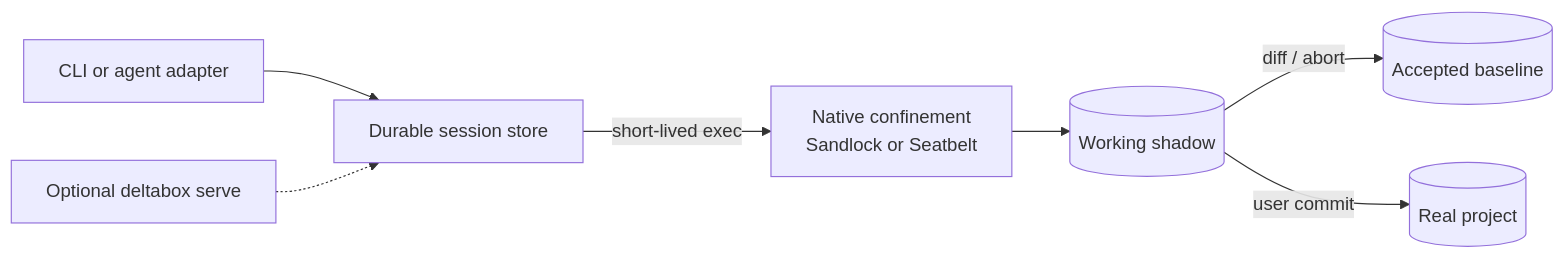
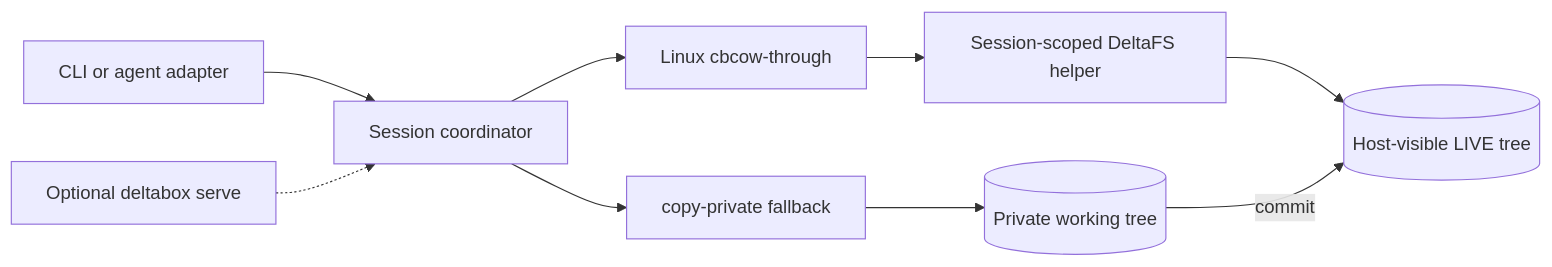
Before and after one commit to delta-box/deltabox-lite: the diagram in README.md, drawn with Mermaid. The commit also changed other lines of this file and 30 other files, not shown here.

Commit message:
deltabox: add Linux commit-biased filesystem mode

````diff
--- a/README.md
+++ b/README.md
@@ -53,9 +56,11 @@
 ```mermaid
 flowchart LR
-    A[CLI or agent adapter] --> D[Durable session store]
-    D -->|short-lived exec| W[Native confinement<br/>Sandlock or Seatbelt]
-    W --> S[(Working shadow)]
-    S -->|diff / abort| B[(Accepted baseline)]
-    S -->|user commit| P[(Real project)]
-    O[Optional deltabox serve] -.-> D
+    A[CLI or agent adapter] --> C[Session coordinator]
+    C --> T[Linux cbcow-through]
+    T --> H[Session-scoped DeltaFS helper]
+    H --> P[(Host-visible LIVE tree)]
+    C --> R[copy-private fallback]
+    R --> S[(Private working tree)]
+    S -->|commit| P
+    O[Optional deltabox serve] -.-> C
 ```
````
